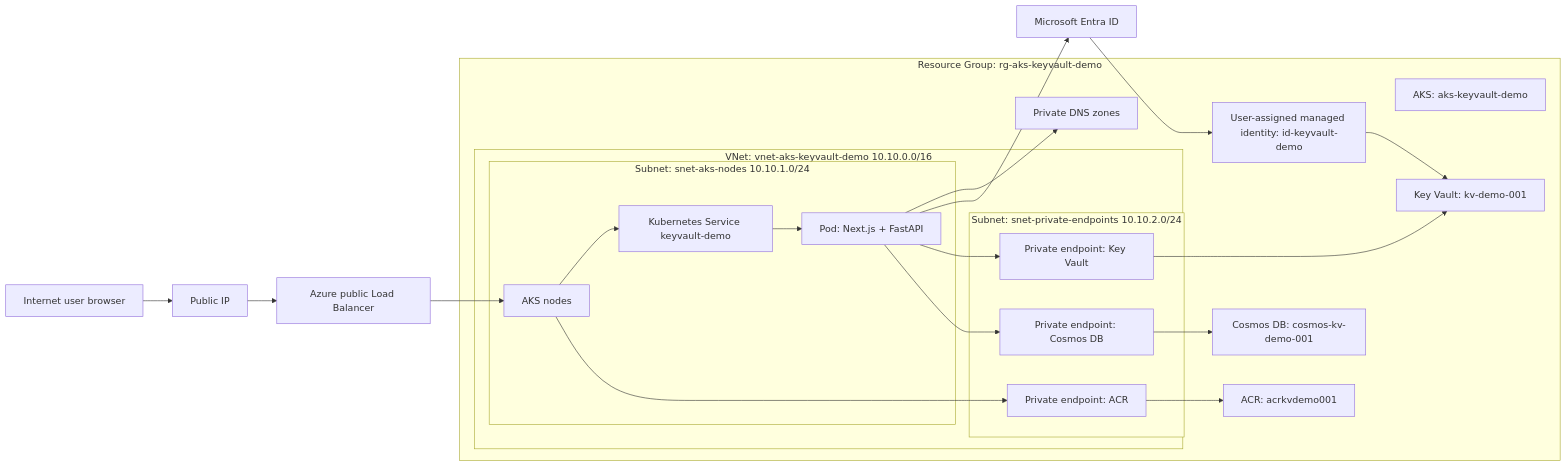
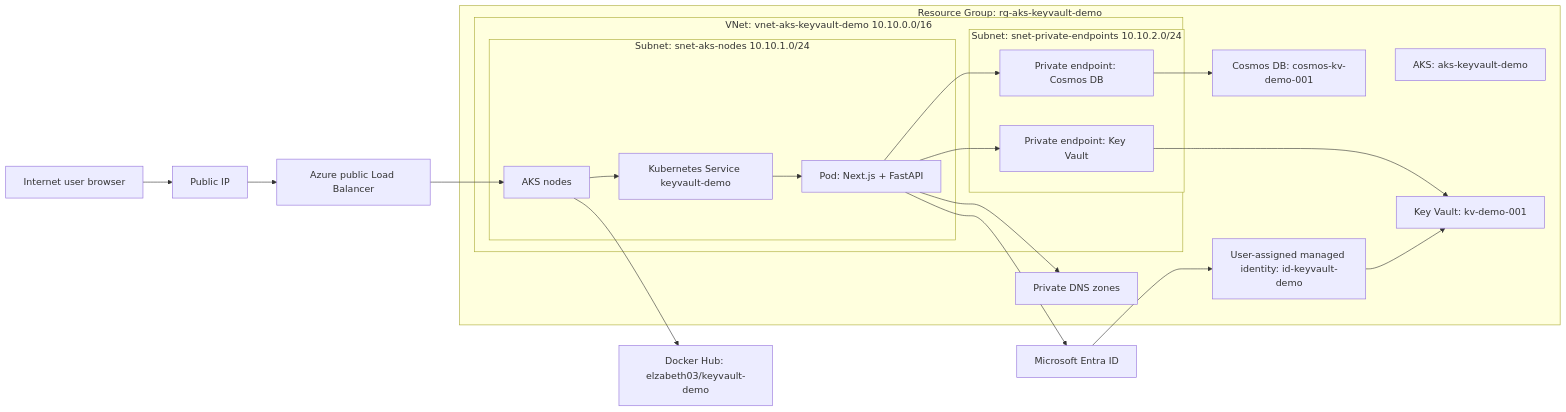
The diagram in docs/azure-architecture-resource-layout.md (Elzabeth-L/KeyVault-demo), drawn with Mermaid before and after one commit. The commit also changed other lines of this file and 11 other files, not shown here.

````diff
--- a/docs/azure-architecture-resource-layout.md
+++ b/docs/azure-architecture-resource-layout.md
@@ -316,38 +303,38 @@
 ```mermaid
 flowchart LR
     user[Internet user browser]
     publicIp[Public IP]
     lb[Azure public Load Balancer]
     entra[Microsoft Entra ID]
 
     subgraph rg[Resource Group: rg-aks-keyvault-demo]
         aks[AKS: aks-keyvault-demo]
         kv[Key Vault: kv-demo-001]
         cosmos[Cosmos DB: cosmos-kv-demo-001]
-        acr[ACR: acrkvdemo001]
         uami[User-assigned managed identity: id-keyvault-demo]
         dns[Private DNS zones]
 
         subgraph vnet[VNet: vnet-aks-keyvault-demo 10.10.0.0/16]
             subgraph aksSubnet[Subnet: snet-aks-nodes 10.10.1.0/24]
                 node[AKS nodes]
                 svc[Kubernetes Service keyvault-demo]
                 pod[Pod: Next.js + FastAPI]
             end
 
             subgraph peSubnet[Subnet: snet-private-endpoints 10.10.2.0/24]
                 peKv[Private endpoint: Key Vault]
                 peCosmos[Private endpoint: Cosmos DB]
-                peAcr[Private endpoint: ACR]
             end
         end
     end
 
+    dockerHub[Docker Hub: elzabeth03/keyvault-demo]
+
     user --> publicIp --> lb --> node --> svc --> pod
+    node --> dockerHub
     pod --> dns
     pod --> entra --> uami
     uami --> kv
     pod --> peKv --> kv
     pod --> peCosmos --> cosmos
-    node --> peAcr --> acr
 ```
````
